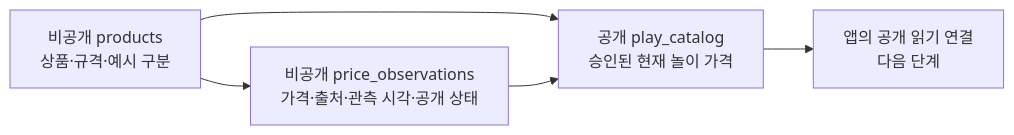
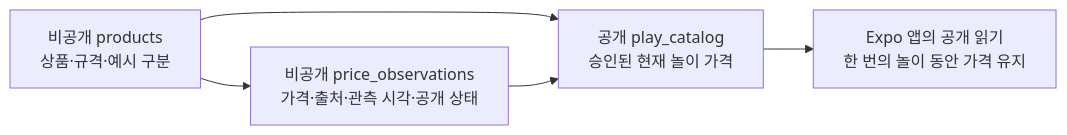
One commit to ungjo/store-price changed the diagram in docs/05-catalog-database.md. Above: the diagram before and after it, drawn with Mermaid. The commit also changed other lines of this file and 19 other files, not shown here.

````diff
--- a/docs/05-catalog-database.md
+++ b/docs/05-catalog-database.md
@@ -34,7 +34,7 @@
 ```mermaid
 flowchart LR
   P["비공개 products<br/>상품·규격·예시 구분"] --> O["비공개 price_observations<br/>가격·출처·관측 시각·공개 상태"]
   P --> V["공개 play_catalog<br/>승인된 현재 놀이 가격"]
   O --> V
-  V --> A["앱의 공개 읽기 연결<br/>다음 단계"]
+  V --> A["Expo 앱의 공개 읽기<br/>한 번의 놀이 동안 가격 유지"]
 ```
````
